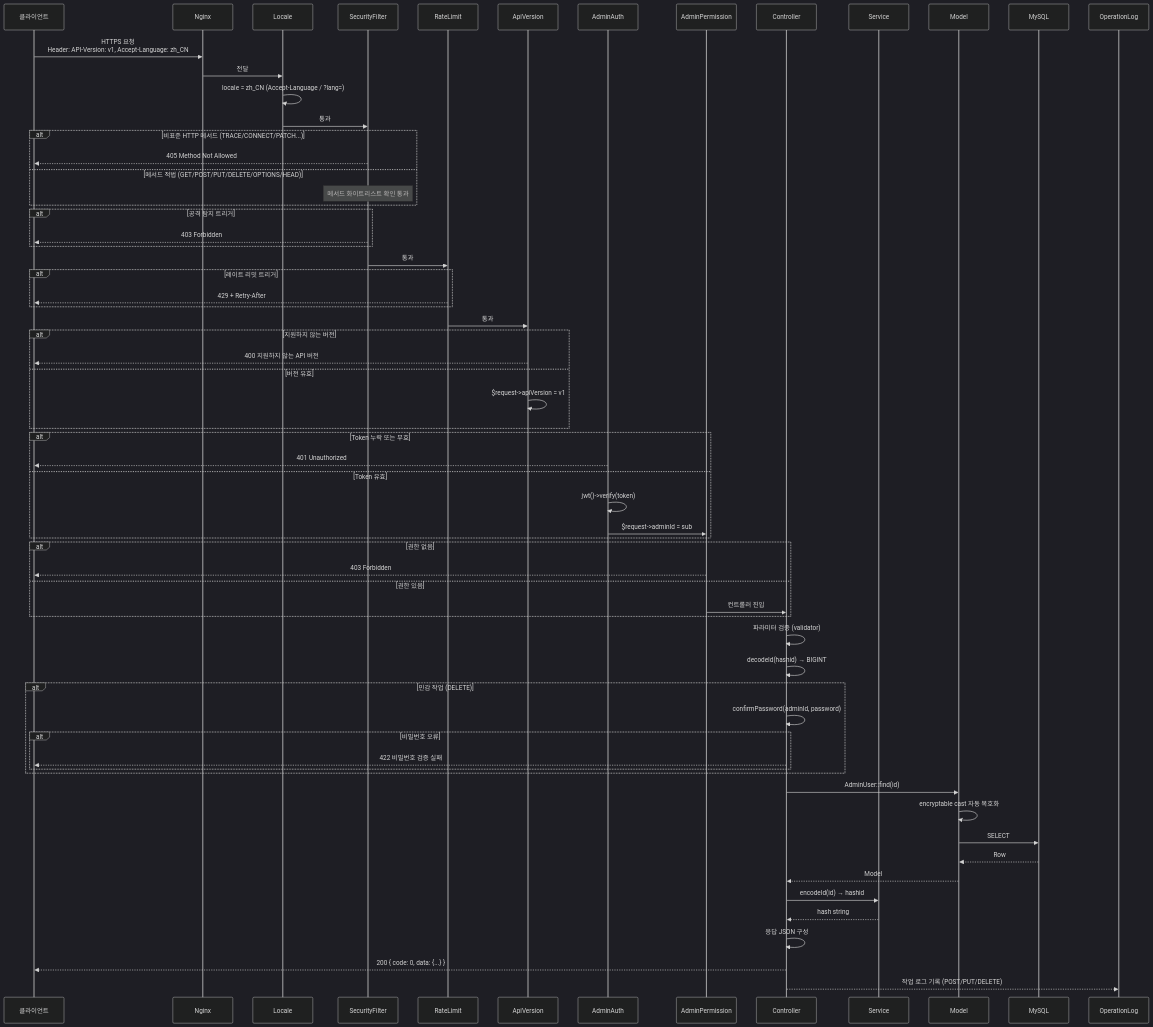
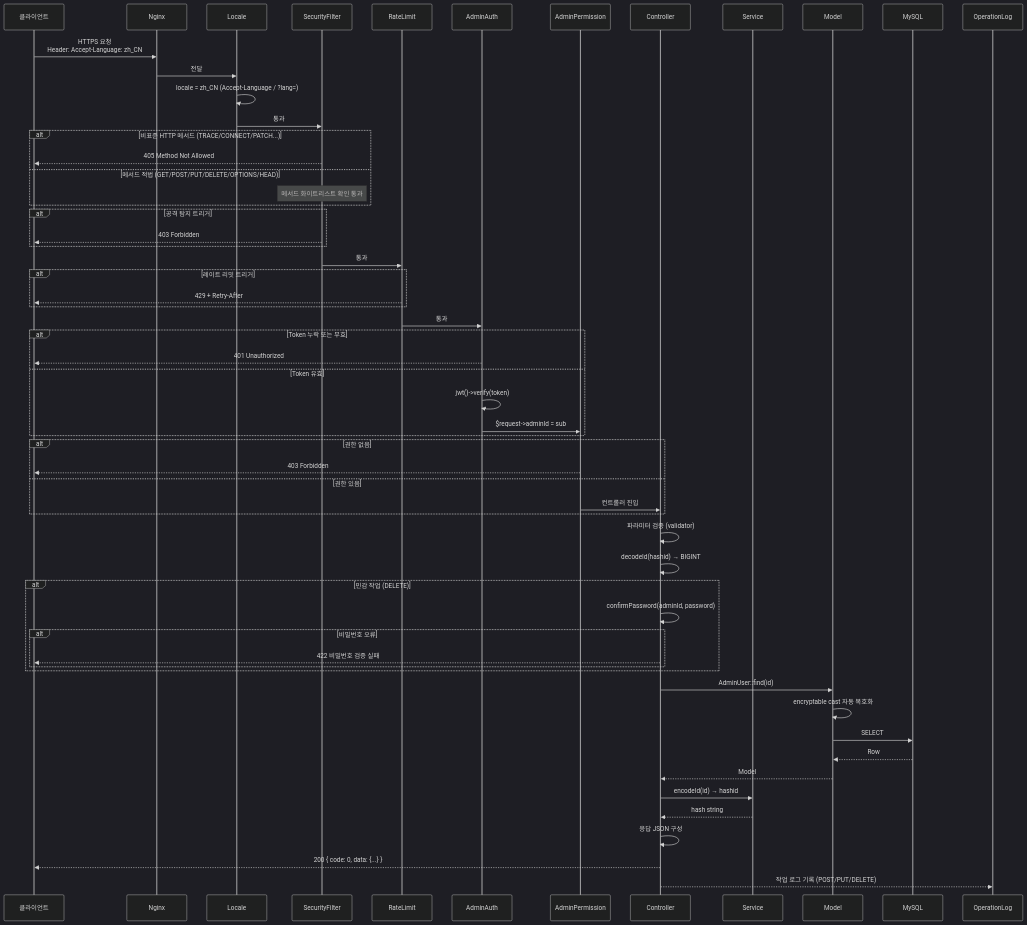
One commit to erikwang2013/integrated-global-logistics changed the third of 14 diagrams in admin/docs/ARCHITECTURE.ko.md. Above: the diagram before and after it, drawn with Mermaid (dark theme). The commit also changed other lines of this file and 147 other files, not shown here.

First line of the commit message:
feat(api): API 版本号移入 URL 路径（/api/v1），移除 API-Version 头机制

````diff
--- a/admin/docs/ARCHITECTURE.ko.md
+++ b/admin/docs/ARCHITECTURE.ko.md
@@ -147,82 +145,75 @@
 ```mermaid
 sequenceDiagram
     participant C as 클라이언트
     participant N as Nginx
     participant MW_LOC as Locale
     participant MW_SF as SecurityFilter
     participant MW_RL as RateLimit
-    participant MW0 as ApiVersion
     participant MW1 as AdminAuth
     participant MW2 as AdminPermission
     participant CTL as Controller
     participant SVC as Service
     participant MDL as Model
     participant DB as MySQL
     participant OPLOG as OperationLog
 
-    C->>N: HTTPS 요청<br/>Header: API-Version: v1, Accept-Language: zh_CN
+    C->>N: HTTPS 요청<br/>Header: Accept-Language: zh_CN
     N->>MW_LOC: 전달
 
     MW_LOC->>MW_LOC: locale = zh_CN (Accept-Language / ?lang=)
     MW_LOC->>MW_SF: 통과
 
     alt 비표준 HTTP 메서드 (TRACE/CONNECT/PATCH...)
         MW_SF-->>C: 405 Method Not Allowed
     else 메서드 적법 (GET/POST/PUT/DELETE/OPTIONS/HEAD)
         Note over MW_SF: 메서드 화이트리스트 확인 통과
     end
 
     alt 공격 탐지 트리거
         MW_SF-->>C: 403 Forbidden
     end
 
     MW_SF->>MW_RL: 통과
 
     alt 레이트 리밋 트리거
         MW_RL-->>C: 429 + Retry-After
     end
 
-    MW_RL->>MW0: 통과
-
-    alt 지원하지 않는 버전
-        MW0-->>C: 400 지원하지 않는 API 버전
-    else 버전 유효
-        MW0->>MW0: $request->apiVersion = v1
-    end
+    MW_RL->>MW1: 통과
 
     alt Token 누락 또는 무효
         MW1-->>C: 401 Unauthorized
     else Token 유효
         MW1->>MW1: jwt()->verify(token)
         MW1->>MW2: $request->adminId = sub
     end
 
     alt 권한 없음
         MW2-->>C: 403 Forbidden
     else 권한 있음
         MW2->>CTL: 컨트롤러 진입
     end
 
     CTL->>CTL: 파라미터 검증 (validator)
     CTL->>CTL: decodeId(hashid) → BIGINT
 
     alt 민감 작업 (DELETE)
         CTL->>CTL: confirmPassword(adminId, password)
         alt 비밀번호 오류
             CTL-->>C: 422 비밀번호 검증 실패
         end
     end
 
     CTL->>MDL: AdminUser::find(id)
     MDL->>MDL: encryptable cast 자동 복호화
     MDL->>DB: SELECT
     DB-->>MDL: Row
     MDL-->>CTL: Model
 
     CTL->>SVC: encodeId(id) → hashid
     SVC-->>CTL: hash string
 
     CTL->>CTL: 응답 JSON 구성
     CTL-->>C: 200 { code: 0, data: {...} }
     CTL-->>OPLOG: 작업 로그 기록 (POST/PUT/DELETE)
 ```
````
